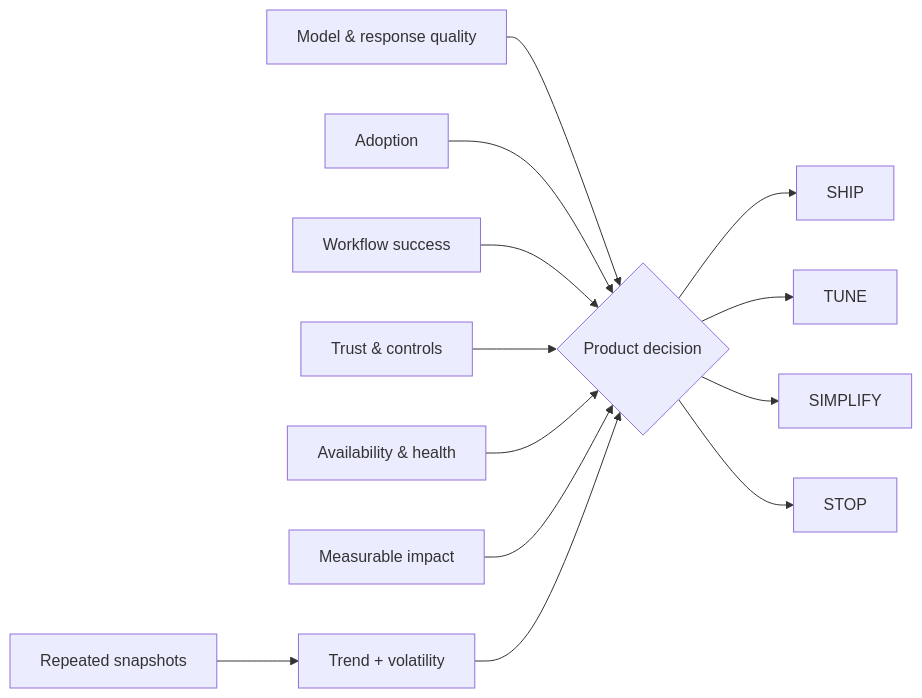
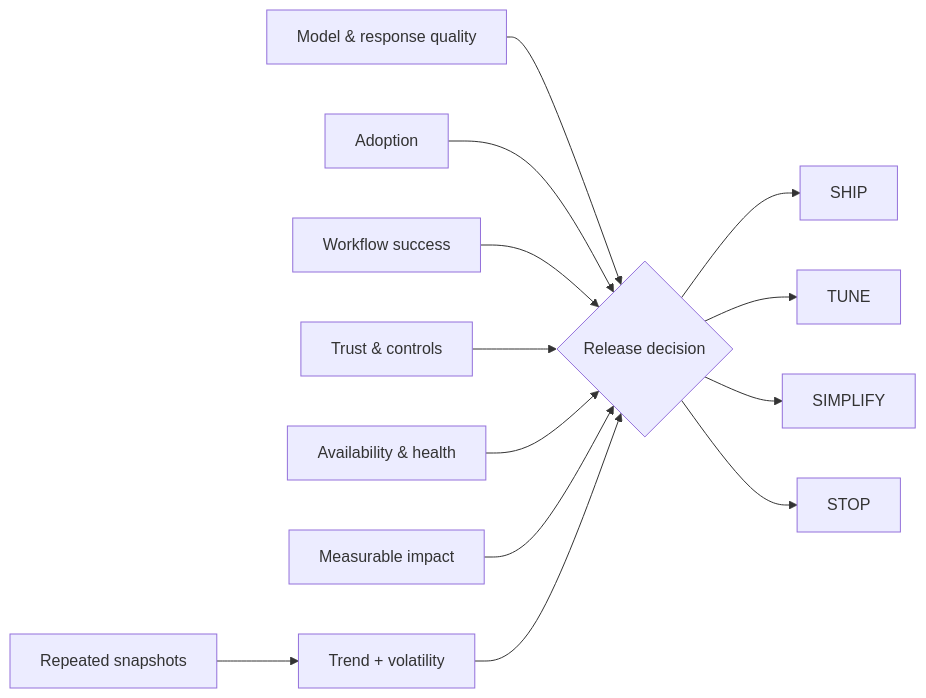
One commit to AshIntelligence/AI-Observability changed the diagram in README.md. Above: the diagram before and after it, drawn with Mermaid. The commit also changed other lines of this file, not shown here.

````diff
--- a/README.md
+++ b/README.md
@@ -34,15 +31,15 @@
 ```mermaid
 flowchart LR
-  Q[Model & response quality] --> D{Product decision}
+  Q[Model & response quality] --> D{Release decision}
   A[Adoption] --> D
   U[Workflow success] --> D
   T[Trust & controls] --> D
   H[Availability & health] --> D
   I[Measurable impact] --> D
   W[Repeated snapshots] --> V[Trend + volatility]
   V --> D
   D --> S[SHIP]
   D --> N[TUNE]
   D --> M[SIMPLIFY]
   D --> X[STOP]
 ```
````
